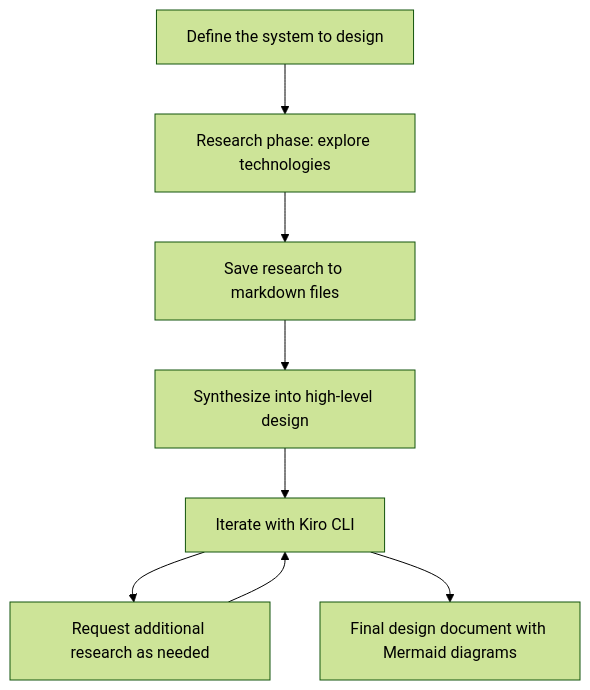
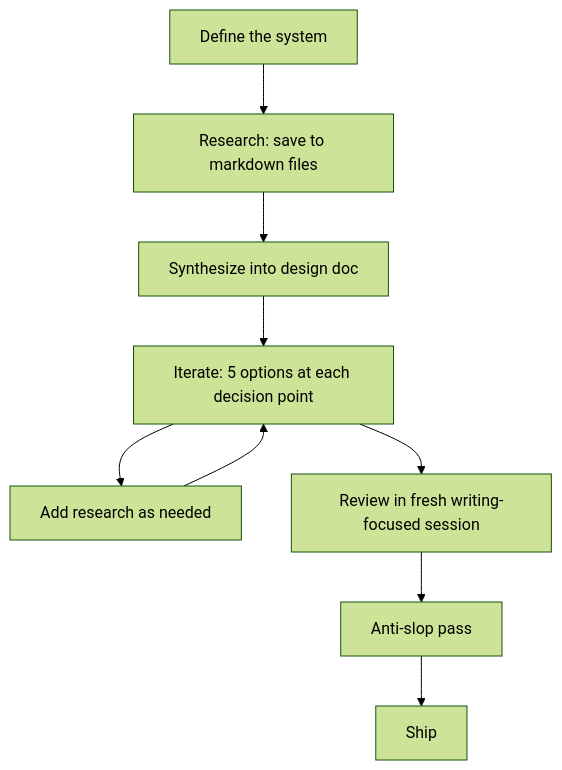
One commit to davidtwu/data-pipeline-doctrine changed the diagram in content/agentic-design-documents-with-kiro-cli.md. Above: the diagram before and after it, drawn with Mermaid (forest theme). The commit also changed other lines of this file and 1 other file, not shown here.

First line of the commit message:
docs: Rewrite agentic design doc post and add blog idea

````diff
--- a/content/agentic-design-documents-with-kiro-cli.md
+++ b/content/agentic-design-documents-with-kiro-cli.md
@@ -20,10 +52,11 @@
 ```mermaid
 graph TD
-    A[Define the system to design] --> B[Research phase: explore technologies]
-    B --> C[Save research to markdown files]
-    C --> D[Synthesize into high-level design]
-    D --> E[Iterate with Kiro CLI]
-    E --> F[Request additional research as needed]
-    F --> E
-    E --> G[Final design document with Mermaid diagrams]
+    A[Define the system] --> B[Research: save to markdown files]
+    B --> C[Synthesize into design doc]
+    C --> D[Iterate: 5 options at each decision point]
+    D --> E[Add research as needed]
+    E --> D
+    D --> F[Review in fresh writing-focused session]
+    F --> G[Anti-slop pass]
+    G --> H[Ship]
 ```
````
